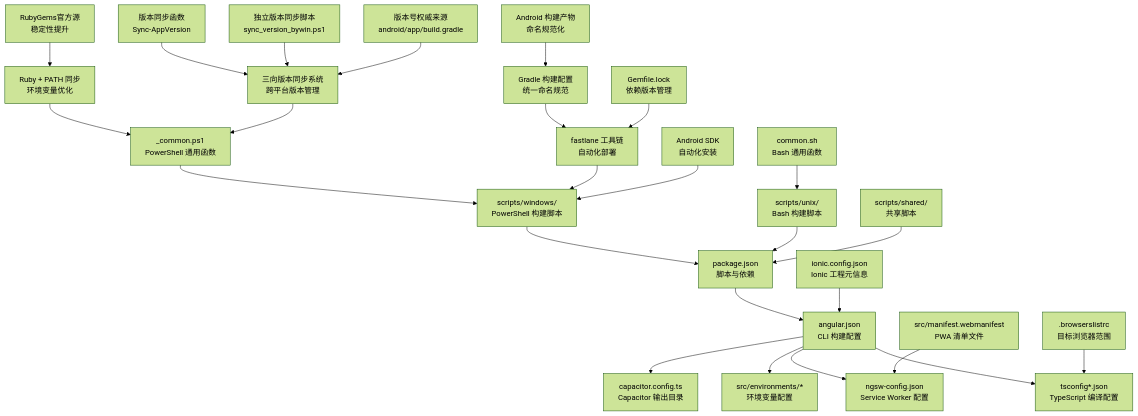
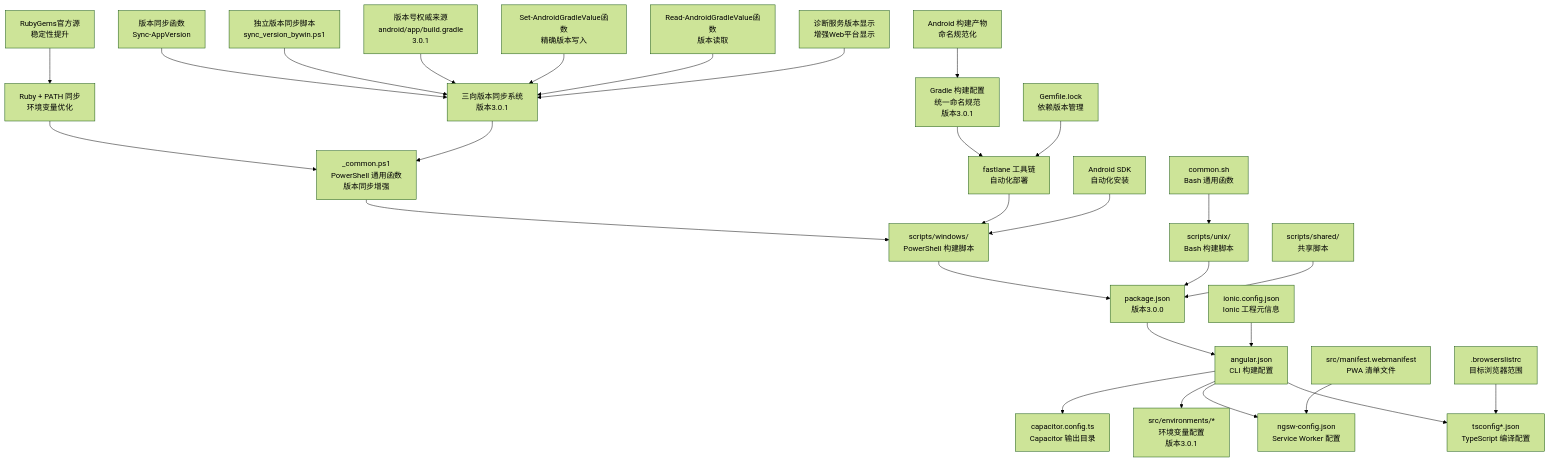
The first of 6 diagrams in .qoder/repowiki/zh/content/构建与部署/构建配置.md (tea4go/Macro-Deck-Client-App), drawn with Mermaid (forest theme) before and after one commit. The commit also changed other lines of this file and 8 other files, not shown here.

````diff
--- a/.qoder/repowiki/zh/content/构建与部署/构建配置.md
+++ b/.qoder/repowiki/zh/content/构建与部署/构建配置.md
@@ -80,27 +82,30 @@
 ```mermaid
 graph TB
 A["angular.json<br/>CLI 构建配置"] --> B["tsconfig*.json<br/>TypeScript 编译配置"]
 A --> C["ngsw-config.json<br/>Service Worker 配置"]
-A --> D["src/environments/*<br/>环境变量配置"]
+A --> D["src/environments/*<br/>环境变量配置<br/>版本3.0.1"]
 A --> E["capacitor.config.ts<br/>Capacitor 输出目录"]
-F["package.json<br/>脚本与依赖"] --> A
+F["package.json<br/>版本3.0.0"] --> A
 G[".browserslistrc<br/>目标浏览器范围"] --> B
 H["ionic.config.json<br/>Ionic 工程元信息"] --> A
 I["src/manifest.webmanifest<br/>PWA 清单文件"] --> C
 J["scripts/windows/<br/>PowerShell 构建脚本"] --> F
 K["scripts/unix/<br/>Bash 构建脚本"] --> F
 L["scripts/shared/<br/>共享脚本"] --> F
-M["_common.ps1<br/>PowerShell 通用函数"] --> J
+M["_common.ps1<br/>PowerShell 通用函数<br/>版本同步增强"] --> J
 N["common.sh<br/>Bash 通用函数"] --> K
 O["fastlane 工具链<br/>自动化部署"] --> J
 P["Android SDK<br/>自动化安装"] --> J
 Q["Ruby + PATH 同步<br/>环境变量优化"] --> M
-R["Gradle 构建配置<br/>统一命名规范"] --> O
+R["Gradle 构建配置<br/>统一命名规范<br/>版本3.0.1"] --> O
 S["Gemfile.lock<br/>依赖版本管理"] --> O
 T["Android 构建产物<br/>命名规范化"] --> R
 U["RubyGems官方源<br/>稳定性提升"] --> Q
-V["三向版本同步系统<br/>跨平台版本管理"] --> M
+V["三向版本同步系统<br/>版本3.0.1"] --> M
 W["版本同步函数<br/>Sync-AppVersion"] --> V
 X["独立版本同步脚本<br/>sync_version_bywin.ps1"] --> V
-Y["版本号权威来源<br/>android/app/build.gradle"] --> V
+Y["版本号权威来源<br/>android/app/build.gradle<br/>3.0.1"] --> V
+Z["Set-AndroidGradleValue函数<br/>精确版本写入"] --> V
+AA["Read-AndroidGradleValue函数<br/>版本读取"] --> V
+BB["诊断服务版本显示<br/>增强Web平台显示"] --> V
 ```
````
